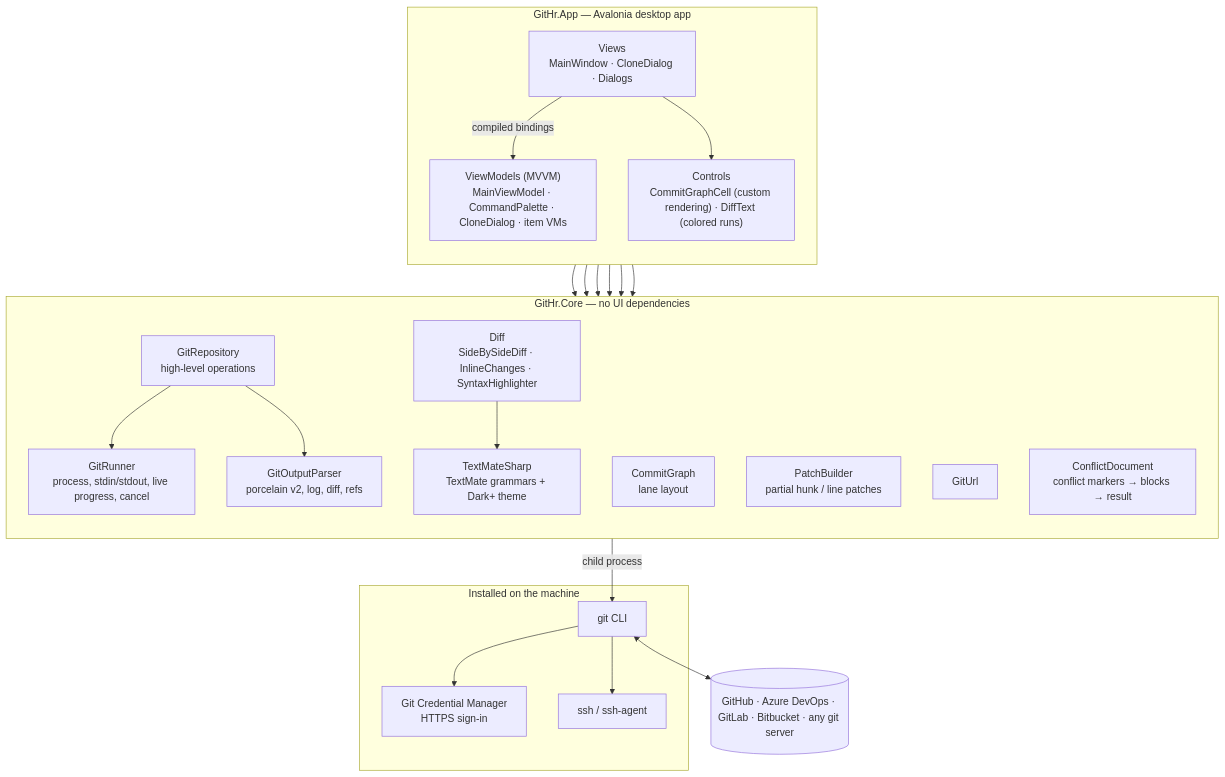
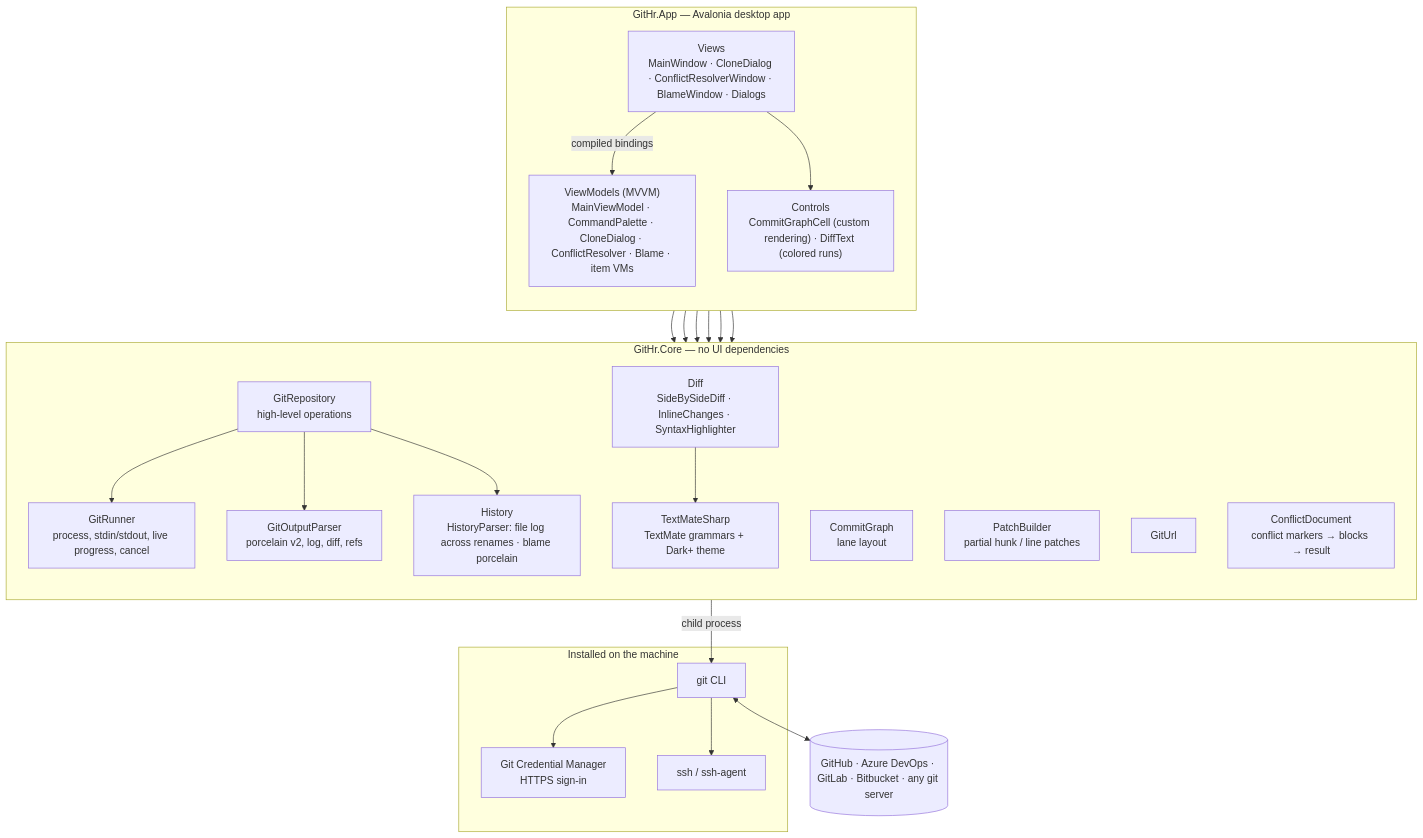
Before and after one commit to mhrezaee/git-hr: the first of 11 diagrams in README.md, drawn with Mermaid. The commit also changed other lines of this file and 14 other files, not shown here.

First line of the commit message:
Add history search, file history and blame

````diff
--- a/README.md
+++ b/README.md
@@ -84,46 +90,48 @@
 ```mermaid
 flowchart TB
     subgraph App["GitHr.App — Avalonia desktop app"]
         direction TB
-        Views["Views<br/>MainWindow · CloneDialog · Dialogs"]
-        VMs["ViewModels (MVVM)<br/>MainViewModel · CommandPalette · CloneDialog · item VMs"]
+        Views["Views<br/>MainWindow · CloneDialog · ConflictResolverWindow · BlameWindow · Dialogs"]
+        VMs["ViewModels (MVVM)<br/>MainViewModel · CommandPalette · CloneDialog · ConflictResolver · Blame · item VMs"]
         Controls["Controls<br/>CommitGraphCell (custom rendering) · DiffText (colored runs)"]
         Views -- "compiled bindings" --> VMs
         Views --> Controls
     end
 
     subgraph Core["GitHr.Core — no UI dependencies"]
         direction TB
         Repo["GitRepository<br/>high-level operations"]
         Runner["GitRunner<br/>process, stdin/stdout, live progress, cancel"]
         Parser["GitOutputParser<br/>porcelain v2, log, diff, refs"]
         Graph["CommitGraph<br/>lane layout"]
         Patch["PatchBuilder<br/>partial hunk / line patches"]
         Url["GitUrl"]
         Conf["ConflictDocument<br/>conflict markers → blocks → result"]
         DiffView["Diff<br/>SideBySideDiff · InlineChanges · SyntaxHighlighter"]
+        Hist["History<br/>HistoryParser: file log across renames · blame porcelain"]
         TM["TextMateSharp<br/>TextMate grammars + Dark+ theme"]
         Repo --> Runner
         Repo --> Parser
+        Repo --> Hist
         DiffView --> TM
     end
 
     subgraph System["Installed on the machine"]
         Git["git CLI"]
         GCM["Git Credential Manager<br/>HTTPS sign-in"]
         SSH["ssh / ssh-agent"]
     end
 
     Remotes[("GitHub · Azure DevOps · GitLab · Bitbucket · any git server")]
 
     VMs --> Repo
     VMs --> Graph
     VMs --> Patch
     VMs --> Url
     VMs --> Conf
     VMs --> DiffView
     Runner -- "child process" --> Git
     Git --> GCM
     Git --> SSH
     Git <--> Remotes
 ```
````
